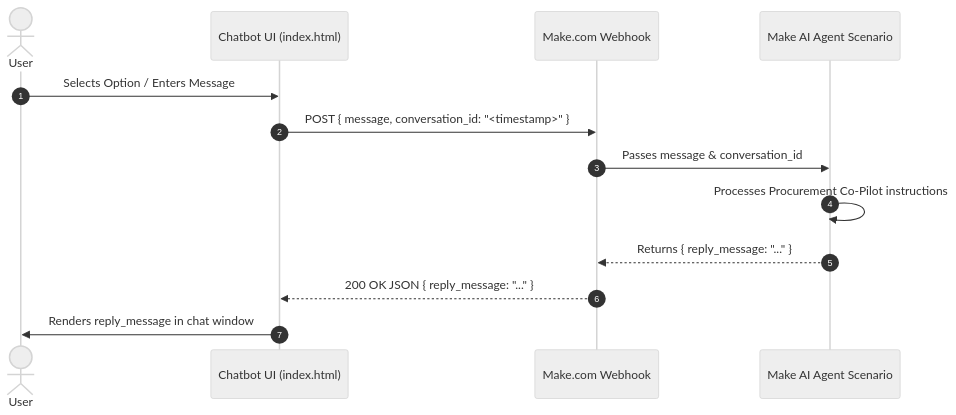
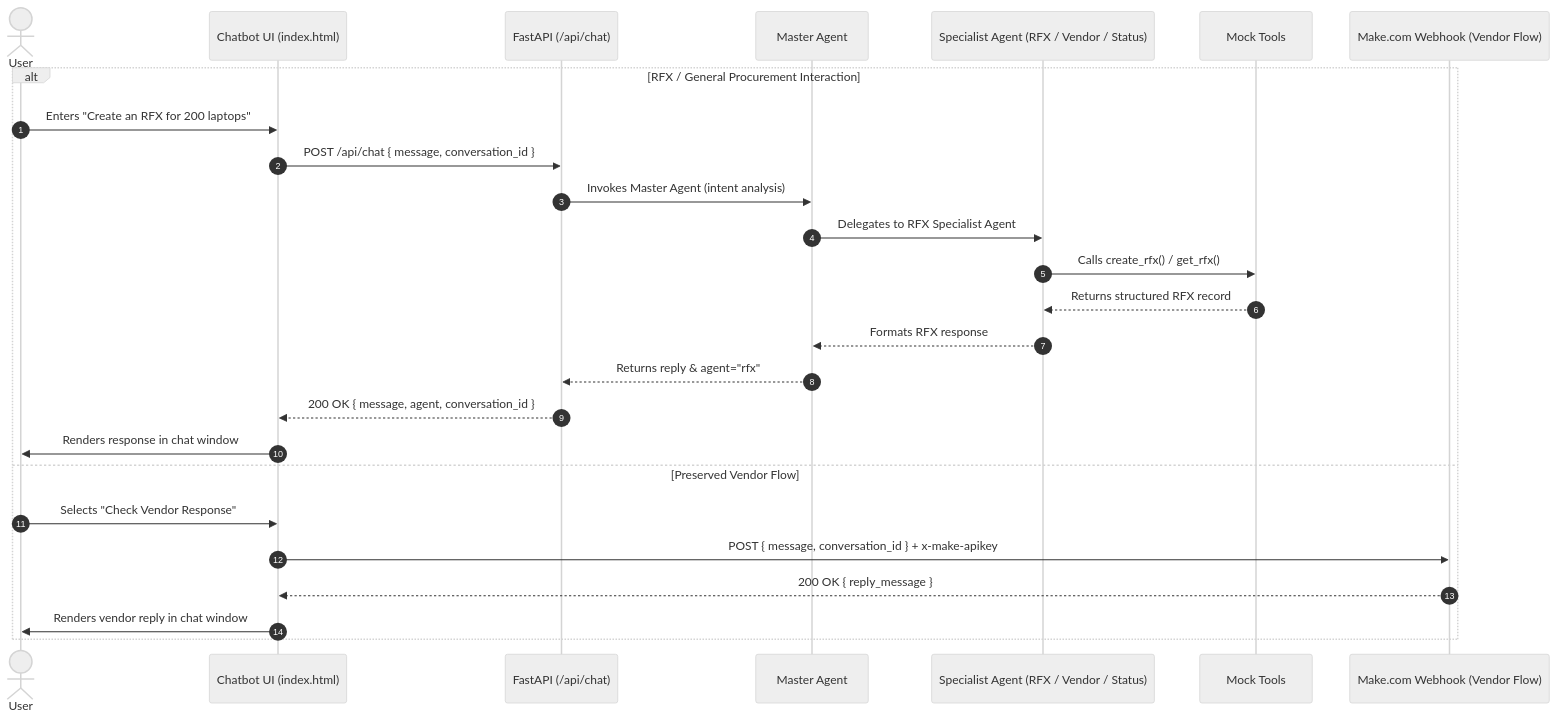
Before and after one commit to akshaykumarar/ktq2: the diagram in architecture.md, drawn with Mermaid (neutral theme). The commit also changed other lines of this file and 35 other files, not shown here.

Commit message:
feat: add FastAPI backend with PydanticAI multi-agent procurement system

````diff
--- a/architecture.md
+++ b/architecture.md
@@ -8,16 +8,29 @@
 ```mermaid
 sequenceDiagram
     autonumber
     actor User
     participant Frontend as Chatbot UI (index.html)
-    participant Webhook as Make.com Webhook
-    participant Agent as Make AI Agent Scenario
-    
-    User->>Frontend: Selects Option / Enters Message
-    Frontend->>Webhook: POST { message, conversation_id: "<timestamp>" }
-    Webhook->>Agent: Passes message & conversation_id
-    Agent->>Agent: Processes Procurement Co-Pilot instructions
-    Agent-->>Webhook: Returns { reply_message: "..." }
-    Webhook-->>Frontend: 200 OK JSON { reply_message: "..." }
-    Frontend->>User: Renders reply_message in chat window
+    participant FastAPI as FastAPI (/api/chat)
+    participant Master as Master Agent
+    participant Specialist as Specialist Agent (RFX / Vendor / Status)
+    participant Tools as Mock Tools
+    participant Webhook as Make.com Webhook (Vendor Flow)
+
+    alt RFX / General Procurement Interaction
+        User->>Frontend: Enters "Create an RFX for 200 laptops"
+        Frontend->>FastAPI: POST /api/chat { message, conversation_id }
+        FastAPI->>Master: Invokes Master Agent (intent analysis)
+        Master->>Specialist: Delegates to RFX Specialist Agent
+        Specialist->>Tools: Calls create_rfx() / get_rfx()
+        Tools-->>Specialist: Returns structured RFX record
+        Specialist-->>Master: Formats RFX response
+        Master-->>FastAPI: Returns reply & agent="rfx"
+        FastAPI-->>Frontend: 200 OK { message, agent, conversation_id }
+        Frontend->>User: Renders response in chat window
+    else Preserved Vendor Flow
+        User->>Frontend: Selects "Check Vendor Response"
+        Frontend->>Webhook: POST { message, conversation_id } + x-make-apikey
+        Webhook-->>Frontend: 200 OK { reply_message }
+        Frontend->>User: Renders vendor reply in chat window
+    end
 ```
````
